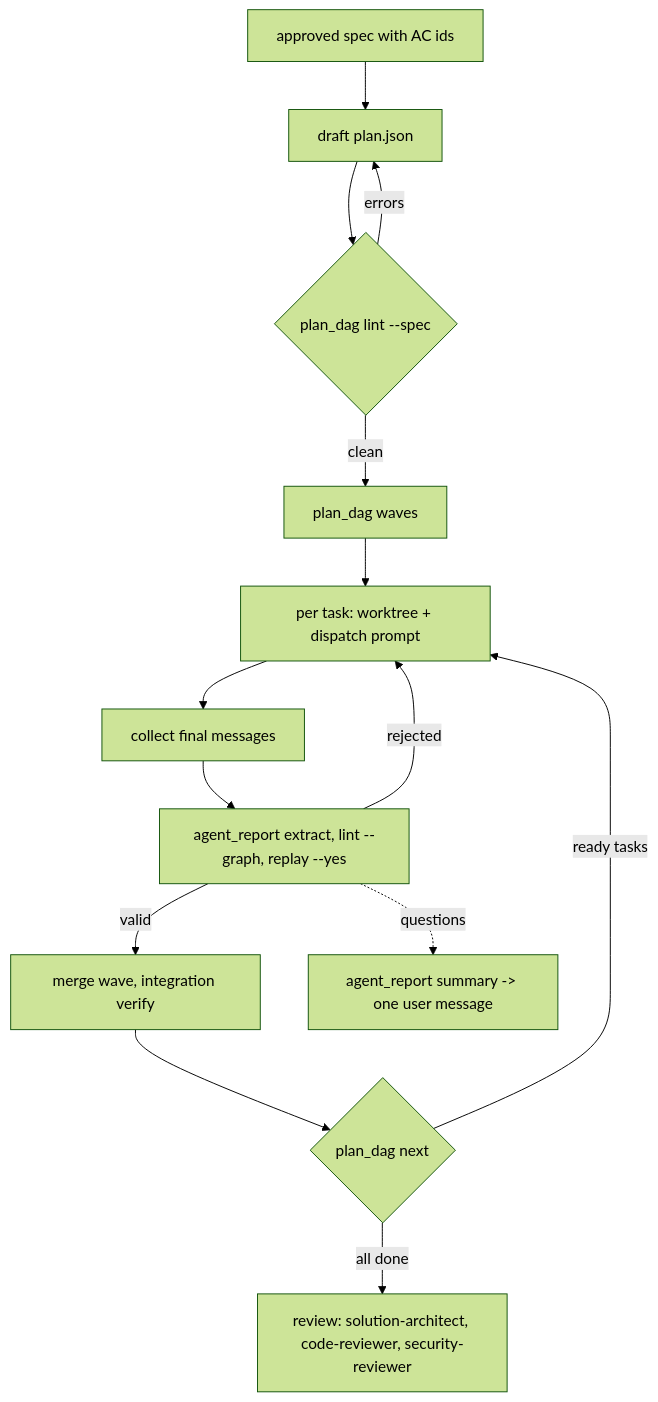
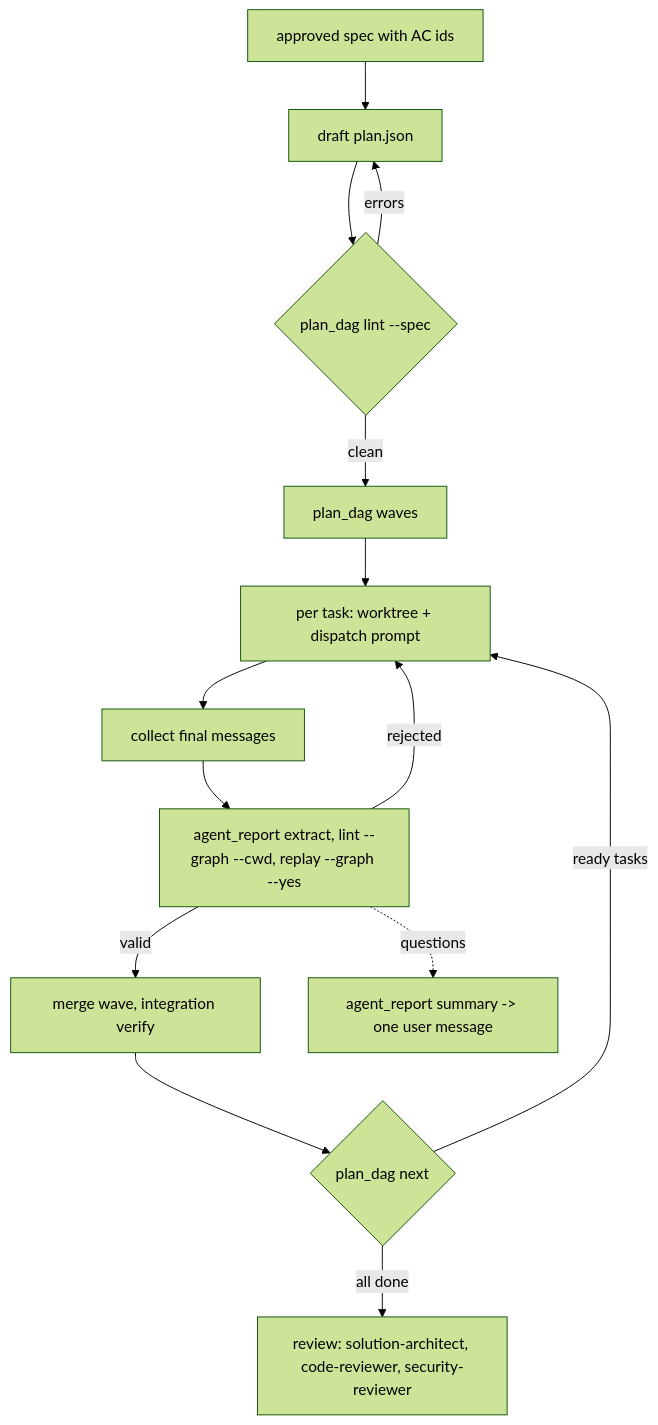
The diagram in skills/orchestrate/SKILL.md (gauravprwl14/100x-engineer), drawn with Mermaid (forest theme) before and after one commit. The commit also changed other lines of this file and 7 other files, not shown here.

````diff
--- a/skills/orchestrate/SKILL.md
+++ b/skills/orchestrate/SKILL.md
@@ -29,16 +29,16 @@
 ```mermaid
 flowchart TD
     S[approved spec with AC ids] --> P[draft plan.json]
     P --> L{plan_dag lint --spec}
     L -- errors --> P
     L -- clean --> W[plan_dag waves]
     W --> D[per task: worktree + dispatch prompt]
     D --> R[collect final messages]
-    R --> X[agent_report extract, lint --graph, replay --yes]
+    R --> X[agent_report extract, lint --graph --cwd, replay --graph --yes]
     X -- rejected --> D
     X -- valid --> M[merge wave, integration verify]
     M --> N{plan_dag next}
     N -- ready tasks --> D
     N -- all done --> V[review: solution-architect, code-reviewer, security-reviewer]
     X -. questions .-> Q[agent_report summary -> one user message]
 ```
````
